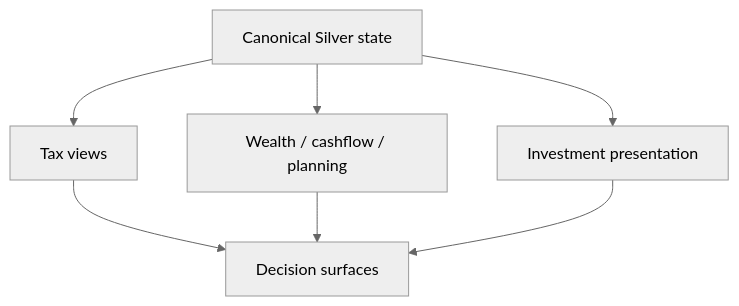
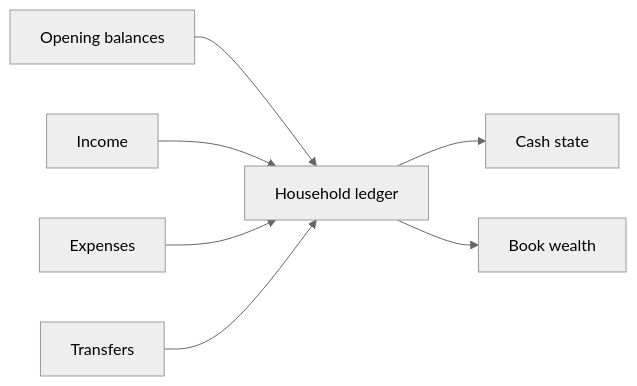
One commit to tks18/personal-finance-etl changed diagram 18 of 31 in README.md. Above: the diagram before and after it, drawn with Mermaid (neutral theme). The commit also changed other lines of this file, not shown here.

````diff
--- a/README.md
+++ b/README.md
@@ -1006,9 +604,9 @@
 ```mermaid
-flowchart TB
-    SIL["Canonical Silver state"] --> TAX["Tax views"]
-    SIL --> WEALTH["Wealth / cashflow / planning"]
-    SIL --> INV["Investment presentation"]
-    TAX --> BI["Decision surfaces"]
-    WEALTH --> BI
-    INV --> BI
+flowchart LR
+    OPEN["Opening balances"] --> L["Household ledger"]
+    INC["Income"] --> L
+    EXP["Expenses"] --> L
+    TR["Transfers"] --> L
+    L --> CASH["Cash state"]
+    L --> BOOK["Book wealth"]
 ```
````
